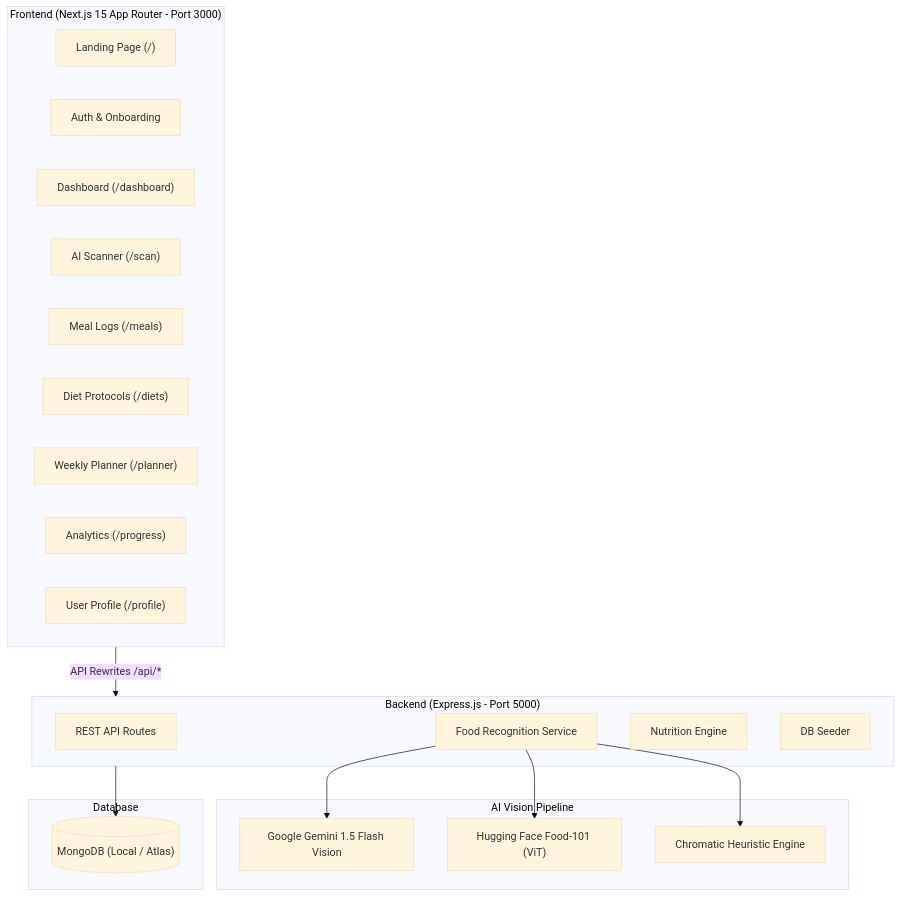
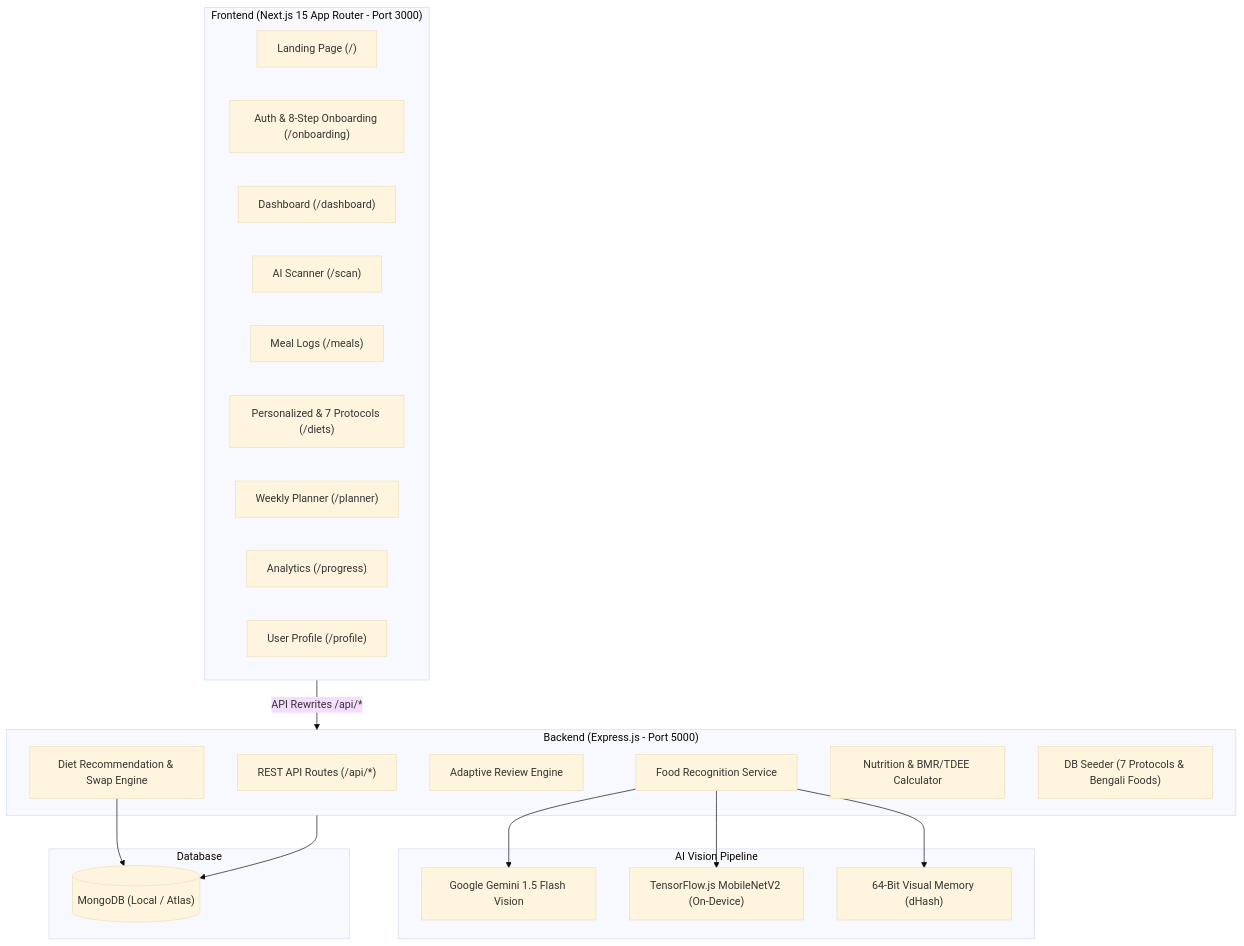
The diagram in README.md (Nishat009/nutrilens), drawn with Mermaid (base theme) before and after one commit. The commit also changed other lines of this file and 44 other files, not shown here.

````diff
--- a/README.md
+++ b/README.md
@@ -16,37 +16,40 @@
 ```mermaid
 graph TB
     subgraph Client ["Frontend (Next.js 15 App Router - Port 3000)"]
         LP["Landing Page (/)"]
-        AUTH["Auth & Onboarding"]
+        AUTH["Auth & 8-Step Onboarding (/onboarding)"]
         DASH["Dashboard (/dashboard)"]
         SCAN["AI Scanner (/scan)"]
         MEALS["Meal Logs (/meals)"]
-        DIETS["Diet Protocols (/diets)"]
+        DIETS["Personalized & 7 Protocols (/diets)"]
         PLANNER["Weekly Planner (/planner)"]
         PROGRESS["Analytics (/progress)"]
         PROFILE["User Profile (/profile)"]
     end
 
     subgraph Server ["Backend (Express.js - Port 5000)"]
-        API["REST API Routes"]
+        API["REST API Routes (/api/*)"]
+        DIET_ENG["Diet Recommendation & Swap Engine"]
+        ADAPT_ENG["Adaptive Review Engine"]
         RECOG["Food Recognition Service"]
-        NUTRI["Nutrition Engine"]
-        SEED["DB Seeder"]
+        NUTRI["Nutrition & BMR/TDEE Calculator"]
+        SEED["DB Seeder (7 Protocols & Bengali Foods)"]
     end
 
     subgraph AI ["AI Vision Pipeline"]
         GEMINI["Google Gemini 1.5 Flash Vision"]
-        HF["Hugging Face Food-101 (ViT)"]
-        HEURISTIC["Chromatic Heuristic Engine"]
+        TFJS["TensorFlow.js MobileNetV2 (On-Device)"]
+        DHASH["64-Bit Visual Memory (dHash)"]
     end
 
     subgraph DB ["Database"]
         MONGO[("MongoDB (Local / Atlas)")]
     end
 
     Client -->|API Rewrites /api/*| Server
     Server --> MONGO
     RECOG --> GEMINI
-    RECOG --> HF
-    RECOG --> HEURISTIC
+    RECOG --> TFJS
+    RECOG --> DHASH
+    DIET_ENG --> MONGO
 ```
````
